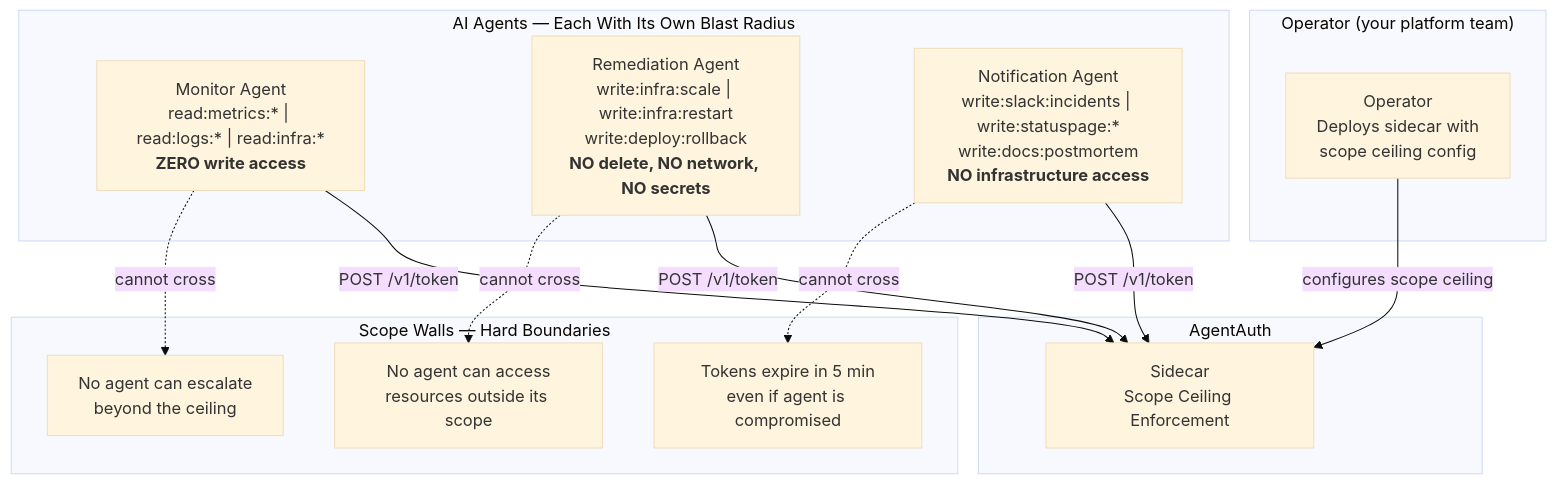
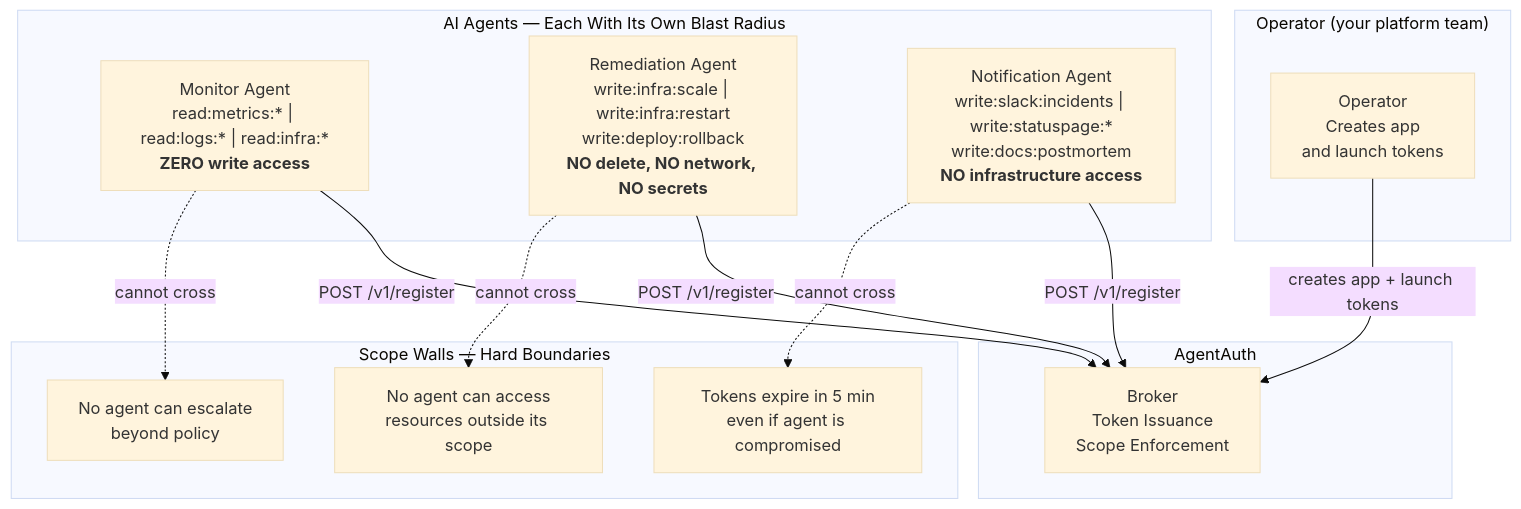
Before and after one commit to devonartis/agentwrit: the first of 2 diagrams in docs/examples/devops-automation.md, drawn with Mermaid (base theme). The commit also changed other lines of this file and 21 other files, not shown here.

````diff
--- a/docs/examples/devops-automation.md
+++ b/docs/examples/devops-automation.md
@@ -25,29 +25,29 @@
 ```mermaid
 flowchart TB
     subgraph operator["Operator (your platform team)"]
-        O["Operator<br/>Deploys sidecar with<br/>scope ceiling config"]
+        O["Operator<br/>Creates app<br/>and launch tokens"]
     end
 
     subgraph agentauth["AgentAuth"]
-        SC["Sidecar<br/>Scope Ceiling Enforcement"]
+        B["Broker<br/>Token Issuance<br/>Scope Enforcement"]
     end
 
     subgraph agents["AI Agents — Each With Its Own Blast Radius"]
         M["Monitor Agent<br/>read:metrics:* | read:logs:* | read:infra:*<br/><b>ZERO write access</b>"]
         R["Remediation Agent<br/>write:infra:scale | write:infra:restart<br/>write:deploy:rollback<br/><b>NO delete, NO network, NO secrets</b>"]
         N["Notification Agent<br/>write:slack:incidents | write:statuspage:*<br/>write:docs:postmortem<br/><b>NO infrastructure access</b>"]
     end
 
     subgraph walls["Scope Walls — Hard Boundaries"]
-        W1["No agent can escalate<br/>beyond the ceiling"]
+        W1["No agent can escalate<br/>beyond policy"]
         W2["No agent can access<br/>resources outside its scope"]
         W3["Tokens expire in 5 min<br/>even if agent is compromised"]
     end
 
-    O -->|"configures scope ceiling"| SC
-    M & R & N -->|"POST /v1/token"| SC
+    O -->|"creates app + launch tokens"| B
+    M & R & N -->|"POST /v1/register"| B
 
     M -.->|"cannot cross"| W1
     R -.->|"cannot cross"| W2
     N -.->|"cannot cross"| W3
 ```
````
